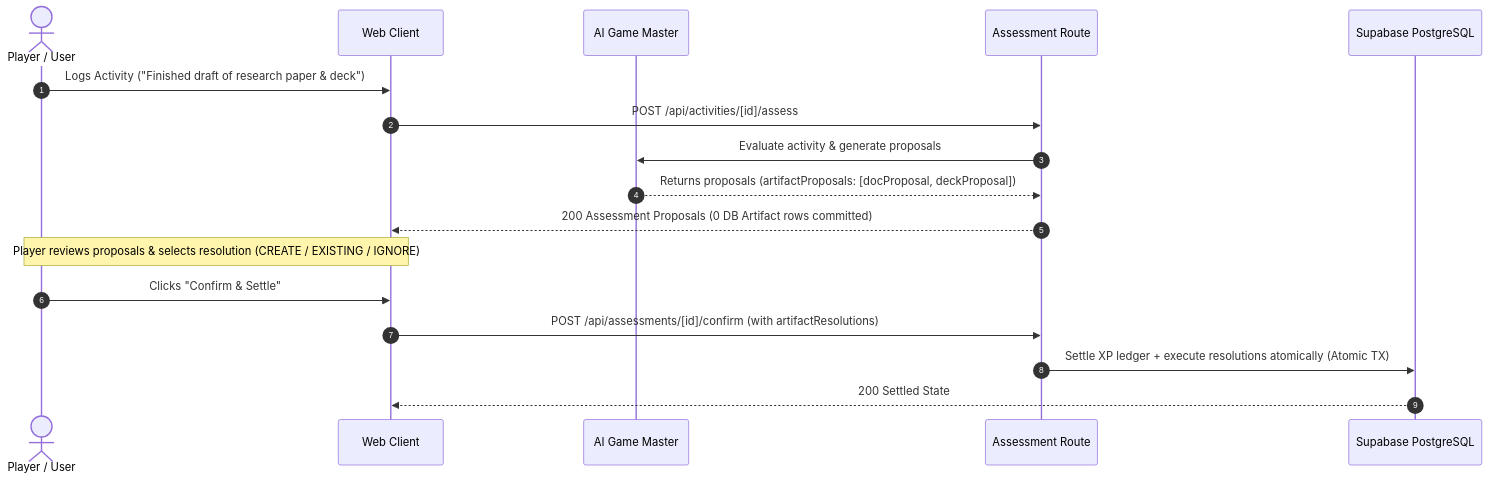
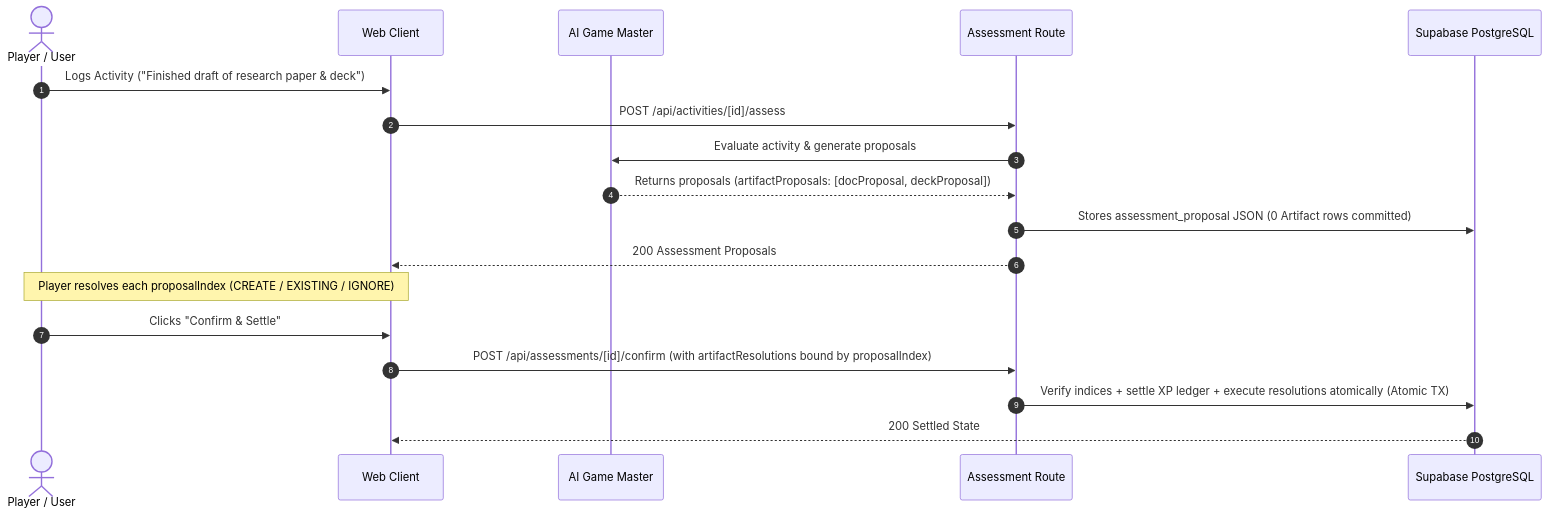
Before and after one commit to Daylily-Huang/AI-Personal-Growth-RPG: the diagram in docs/Stage7/02_ARTIFACT_AUTHORITY_RULES.md, drawn with Mermaid. The commit also changed other lines of this file and 5 other files, not shown here.

Commit message:
docs(stage7): bind resolution input to proposalIndex, exact coverage & correct evidence FK restrict

````diff
--- a/docs/Stage7/02_ARTIFACT_AUTHORITY_RULES.md
+++ b/docs/Stage7/02_ARTIFACT_AUTHORITY_RULES.md
@@ -83,20 +109,21 @@
 ```mermaid
 sequenceDiagram
     autonumber
     actor Player as Player / User
     participant Web as Web Client
     participant AI as AI Game Master
     participant API as Assessment Route
     participant DB as Supabase PostgreSQL
 
     Player->>Web: Logs Activity ("Finished draft of research paper & deck")
     Web->>API: POST /api/activities/[id]/assess
     API->>AI: Evaluate activity & generate proposals
     AI-->>API: Returns proposals (artifactProposals: [docProposal, deckProposal])
-    API-->>Web: 200 Assessment Proposals (0 DB Artifact rows committed)
-    Note over Web,Player: Player reviews proposals & selects resolution (CREATE / EXISTING / IGNORE)
+    API->>DB: Stores assessment_proposal JSON (0 Artifact rows committed)
+    API-->>Web: 200 Assessment Proposals
+    Note over Web,Player: Player resolves each proposalIndex (CREATE / EXISTING / IGNORE)
     Player->>Web: Clicks "Confirm & Settle"
-    Web->>API: POST /api/assessments/[id]/confirm (with artifactResolutions)
-    API->>DB: Settle XP ledger + execute resolutions atomically (Atomic TX)
+    Web->>API: POST /api/assessments/[id]/confirm (with artifactResolutions bound by proposalIndex)
+    API->>DB: Verify indices + settle XP ledger + execute resolutions atomically (Atomic TX)
     DB-->>Web: 200 Settled State
 ```
````
